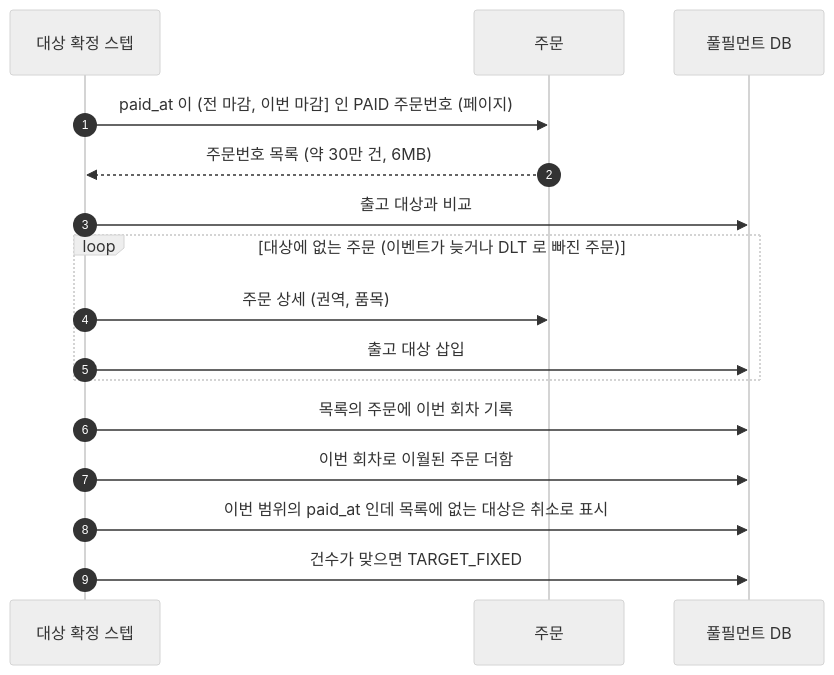
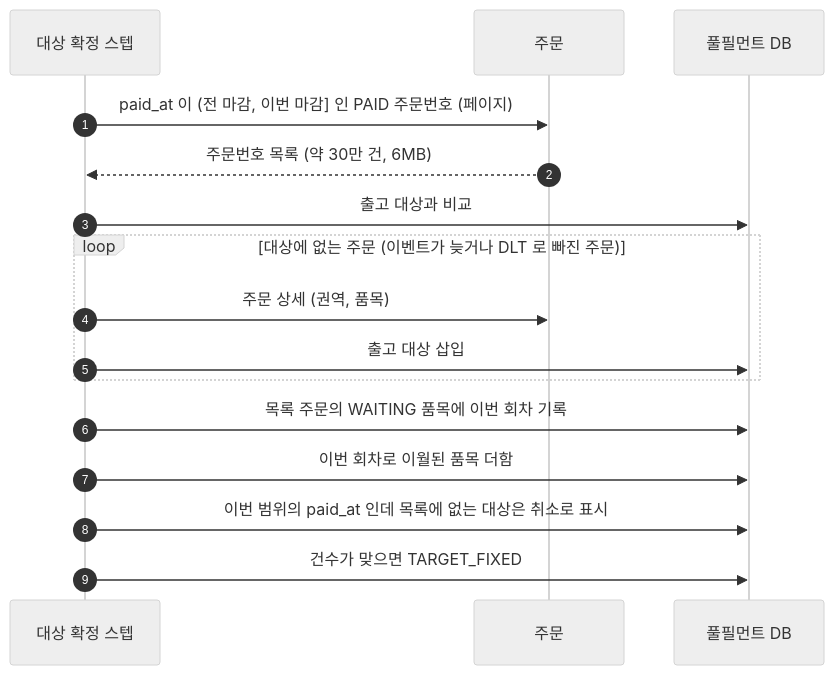
The third of 6 diagrams in docs/sequence/05-출고-배치.md (Bamdule/dawn-delivery-commerce), drawn with Mermaid (neutral theme) before and after one commit. The commit also changed other lines of this file and 16 other files, not shown here.

````diff
--- a/docs/sequence/05-출고-배치.md
+++ b/docs/sequence/05-출고-배치.md
@@ -73,19 +73,19 @@
 ```mermaid
 sequenceDiagram
     autonumber
     participant 스텝 as 대상 확정 스텝
     participant 주문
     participant DB as 풀필먼트 DB
 
     스텝->>주문: paid_at 이 (전 마감, 이번 마감] 인 PAID 주문번호 (페이지)
     주문-->>스텝: 주문번호 목록 (약 30만 건, 6MB)
     스텝->>DB: 출고 대상과 비교
     loop 대상에 없는 주문 (이벤트가 늦거나 DLT 로 빠진 주문)
         스텝->>주문: 주문 상세 (권역, 품목)
         스텝->>DB: 출고 대상 삽입
     end
-    스텝->>DB: 목록의 주문에 이번 회차 기록
-    스텝->>DB: 이번 회차로 이월된 주문 더함
+    스텝->>DB: 목록 주문의 WAITING 품목에 이번 회차 기록
+    스텝->>DB: 이번 회차로 이월된 품목 더함
     스텝->>DB: 이번 범위의 paid_at 인데 목록에 없는 대상은 취소로 표시
     스텝->>DB: 건수가 맞으면 TARGET_FIXED
 ```
````
